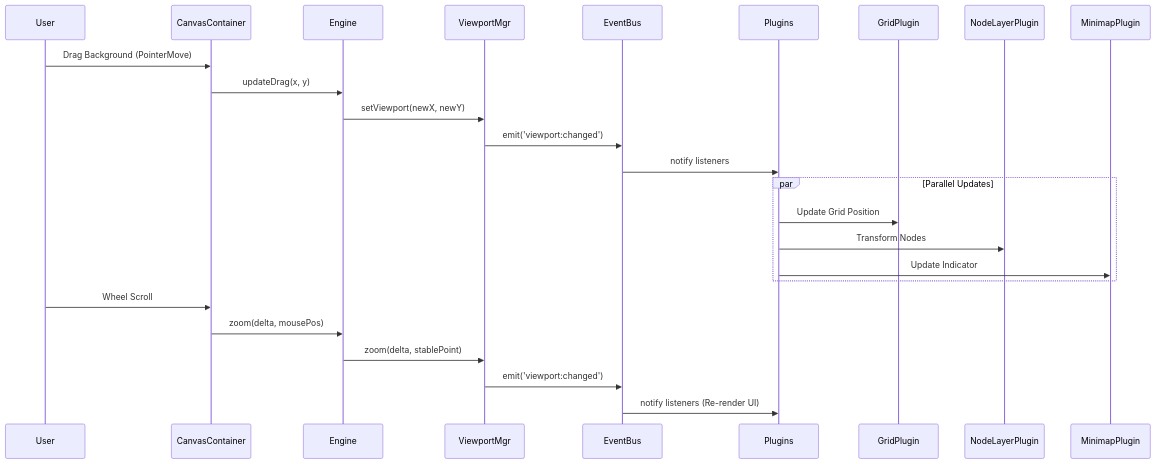
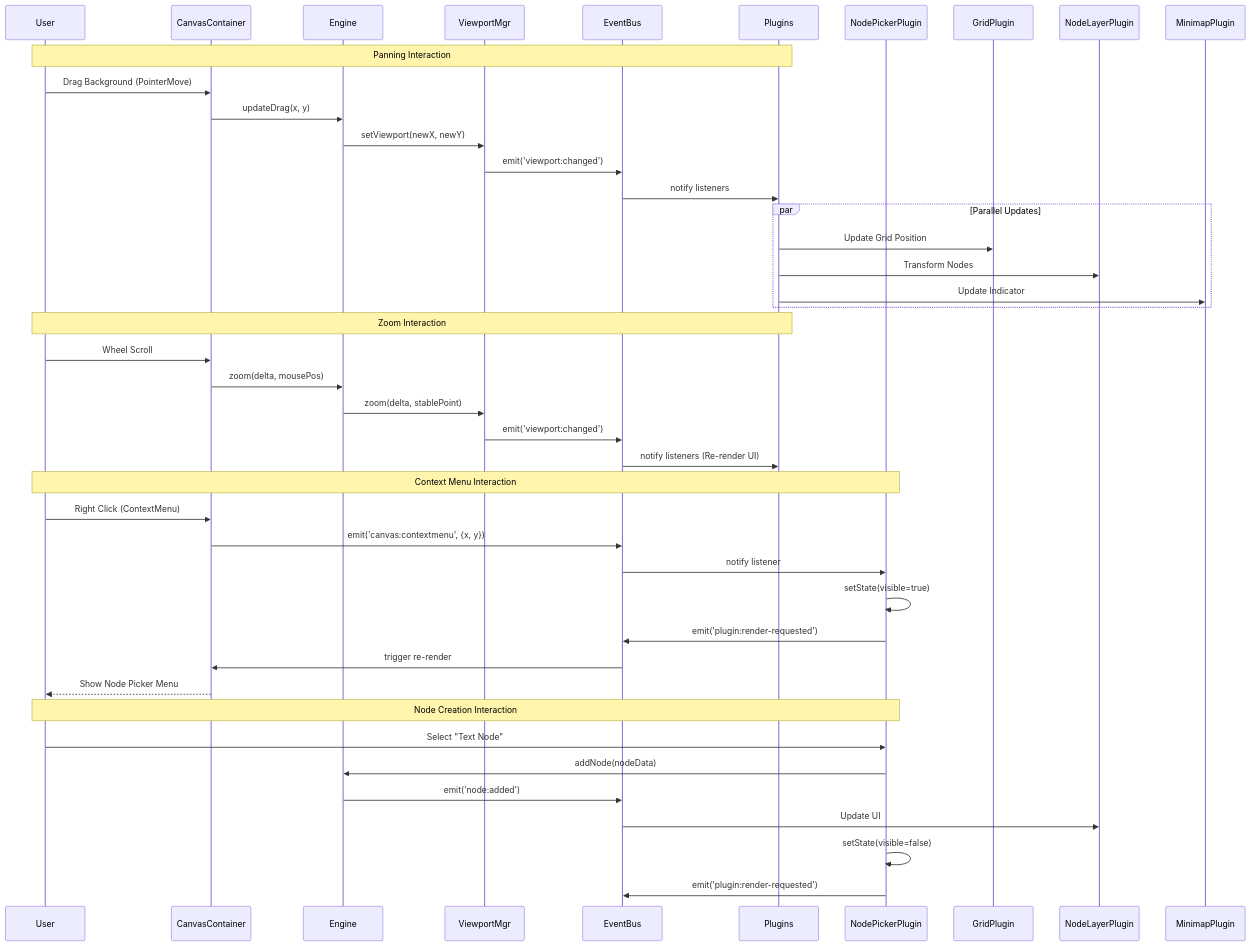
Before and after one commit to tiyun2012/tiNodeModular: the diagram in docs/INTERACTION_FLOW.mmd, drawn with Mermaid. The commit also changed 6 other files, not shown here.

```diff
--- a/docs/INTERACTION_FLOW.mmd
+++ b/docs/INTERACTION_FLOW.mmd
@@ -1,27 +1,51 @@
 sequenceDiagram
     participant User
     participant CanvasContainer
     participant Engine
     participant ViewportMgr
     participant EventBus
     participant Plugins
+    participant NodePickerPlugin
 
-    %% Panning Flow
+    %% --- Existing Panning Flow ---
+    %% 
+    note over User, Plugins: Panning Interaction
     User->>CanvasContainer: Drag Background (PointerMove)
     CanvasContainer->>Engine: updateDrag(x, y)
     Engine->>ViewportMgr: setViewport(newX, newY)
     ViewportMgr->>EventBus: emit('viewport:changed')
     EventBus->>Plugins: notify listeners
     
     par Parallel Updates
         Plugins->>GridPlugin: Update Grid Position
         Plugins->>NodeLayerPlugin: Transform Nodes
         Plugins->>MinimapPlugin: Update Indicator
     end
 
-    %% Zoom Flow
+    %% --- Existing Zoom Flow ---
+    %% 
+    note over User, Plugins: Zoom Interaction
     User->>CanvasContainer: Wheel Scroll
     CanvasContainer->>Engine: zoom(delta, mousePos)
     Engine->>ViewportMgr: zoom(delta, stablePoint)
     ViewportMgr->>EventBus: emit('viewport:changed')
     EventBus->>Plugins: notify listeners (Re-render UI)
+
+    %% --- NEW: Context Menu Flow ---
+    note over User, NodePickerPlugin: Context Menu Interaction
+    User->>CanvasContainer: Right Click (ContextMenu)
+    CanvasContainer->>EventBus: emit('canvas:contextmenu', {x, y})
+    EventBus->>NodePickerPlugin: notify listener
+    NodePickerPlugin->>NodePickerPlugin: setState(visible=true)
+    NodePickerPlugin->>EventBus: emit('plugin:render-requested')
+    EventBus->>CanvasContainer: trigger re-render
+    CanvasContainer-->>User: Show Node Picker Menu
+
+    %% --- NEW: Node Creation Flow ---
+    note over User, NodePickerPlugin: Node Creation Interaction
+    User->>NodePickerPlugin: Select "Text Node"
+    NodePickerPlugin->>Engine: addNode(nodeData)
+    Engine->>EventBus: emit('node:added')
+    EventBus->>NodeLayerPlugin: Update UI
+    NodePickerPlugin->>NodePickerPlugin: setState(visible=false)
+    NodePickerPlugin->>EventBus: emit('plugin:render-requested')
```
